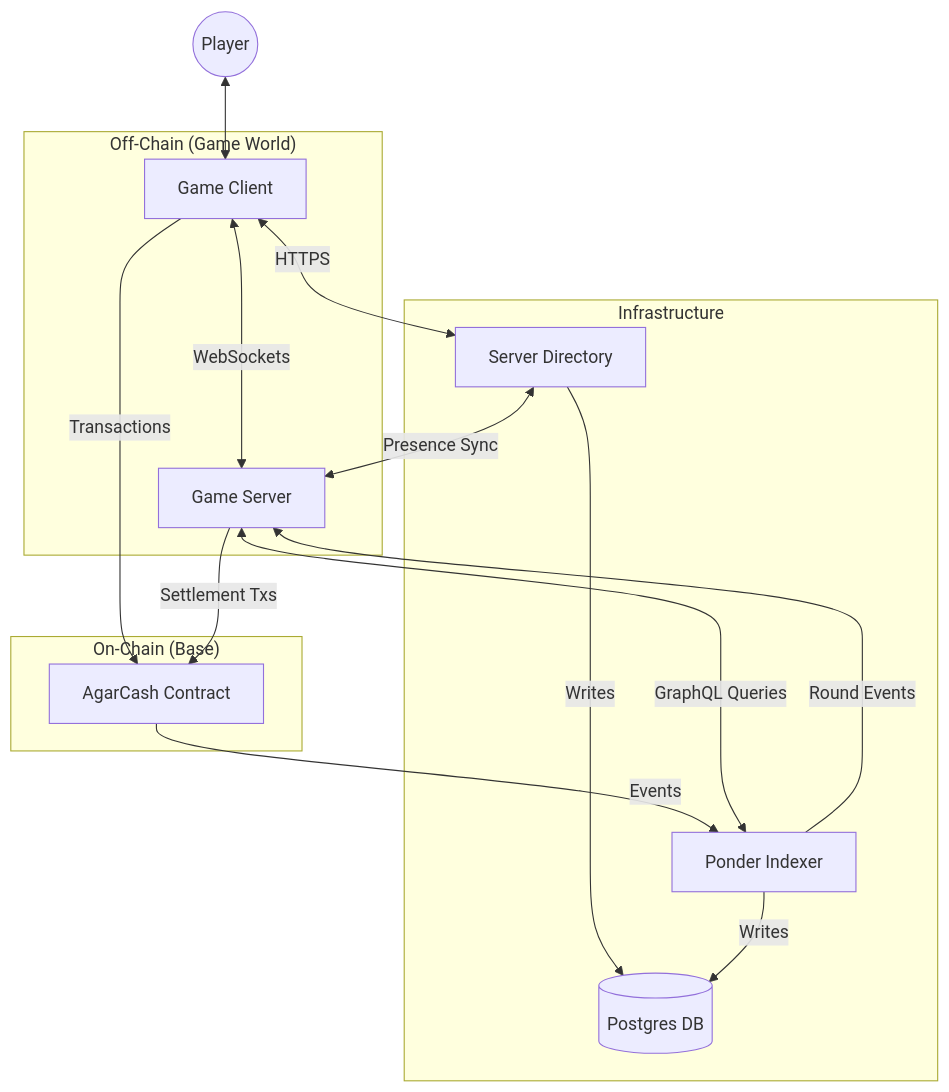
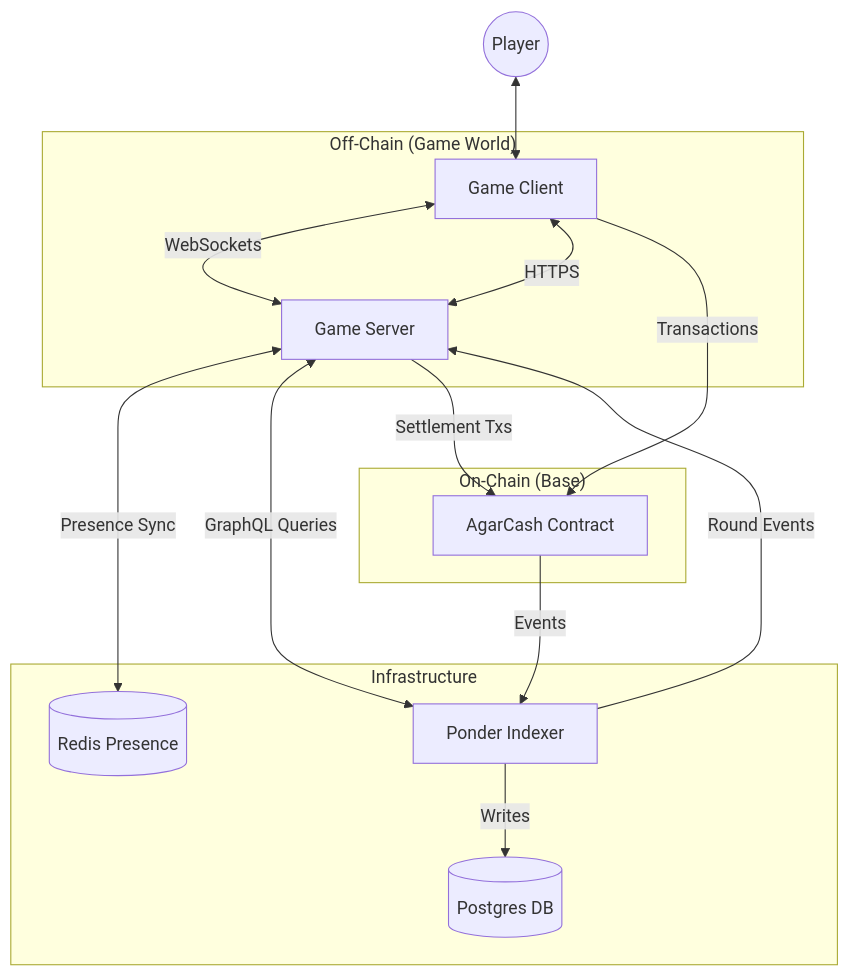
Before and after one commit to TheExpandingPolytope/goonverse: the first of 9 diagrams in ARCHITECTURE.md, drawn with Mermaid. The commit also changed other lines of this file and 88 other files, not shown here.

````diff
--- a/ARCHITECTURE.md
+++ b/ARCHITECTURE.md
@@ -12,31 +11,30 @@
 ```mermaid
 graph TD
     User((Player))
     
     subgraph "Off-Chain (Game World)"
         Client[Game Client]
         Server[Game Server]
     end
     
     subgraph "On-Chain (Base)"
         Contract[AgarCash Contract]
     end
     
     subgraph "Infrastructure"
-        Directory[Server Directory]
+        Redis[(Redis Presence)]
         Ponder[Ponder Indexer]
         DB[(Postgres DB)]
     end
 
     User <--> Client
     Client <-->|WebSockets| Server
-    Client <-->|HTTPS| Directory
-    Directory <-->|Presence Sync| Server
-    Directory -->|Writes| DB
+    Client <-->|HTTPS| Server
+    Server <-->|Presence Sync| Redis
     Client -->|Transactions| Contract
+    Server <-->|GraphQL Queries| Ponder
+    Server -->|Settlement Txs| Contract
     Contract -->|Events| Ponder
     Ponder -->|Writes| DB
-    Server <-->|GraphQL Queries| Ponder
-    Server -->|Settlement Txs| Contract
     Ponder -->|Round Events| Server
 ```
````
